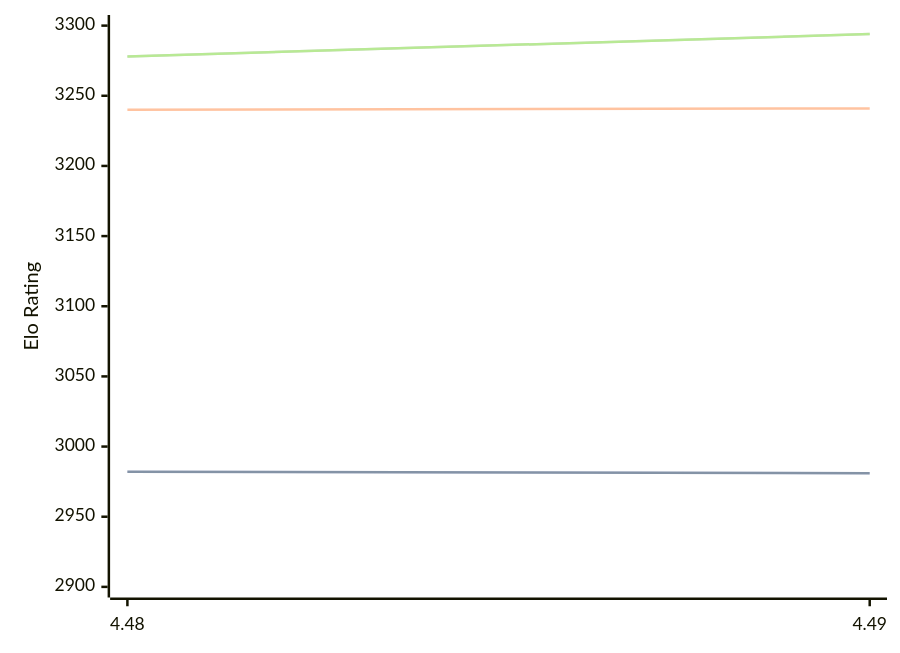
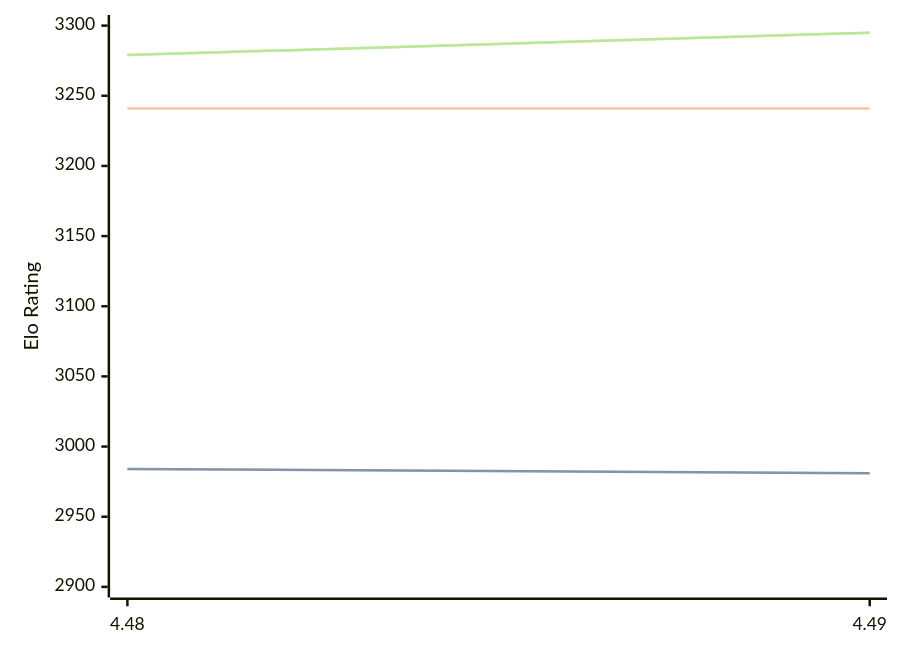
One commit to computer-chess-index/cci changed the diagram in engines/Cheng4.md. Above: the diagram before and after it, drawn with Mermaid. The commit also changed other lines of this file, not shown here.

Commit message:
Update CCI Ratings (ELO VLTC) - 2026-09-13

````diff
--- a/engines/Cheng4.md
+++ b/engines/Cheng4.md
@@ -32,11 +32,11 @@
 ```mermaid
 %%{init: {"theme":"base","themeVariables":{"seriesColors:['#a3a3a3','#222221','#faa371']}}}%%
 xychart-beta
   x-axis ["4.48", "4.49"]
   y-axis "Elo Rating" 2900 --> 3300
-  line "" [2982, 2981]
-  line "STC (8.0+0.08s)" [2982, 2981]
-  line "LTC (60.0+0.60s)" [3240, 3241]
-  line "" [3278, 3294]
-  line "VLTC (2m24s+1.12s)" [3278, 3294]
+  line "" [2984, 2981]
+  line "STC (8.0+0.08s)" [2984, 2981]
+  line "LTC (60.0+0.60s)" [3241, 3241]
+  line "" [3279, 3295]
+  line "VLTC (2m24s+1.12s)" [3279, 3295]
 ```
````
